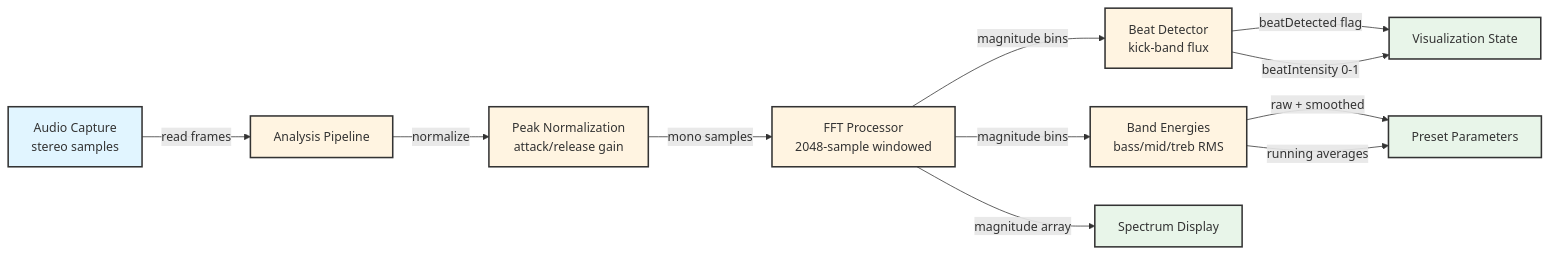
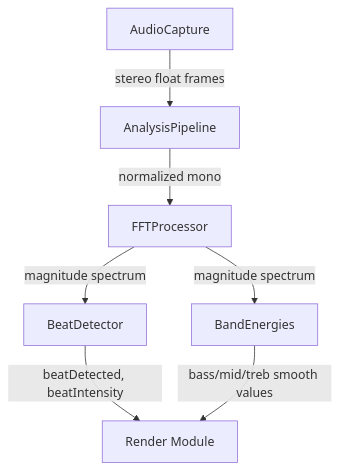
Before and after one commit to EvanLavender13/audio-jones: the diagram in docs/modules/analysis.md, drawn with Mermaid. The commit also changed other lines of this file and 11 other files, not shown here.

````diff
--- a/docs/modules/analysis.md
+++ b/docs/modules/analysis.md
@@ -16,26 +18,9 @@
 ```mermaid
-graph LR
-    AudioCapture[Audio Capture<br/>stereo samples] -->|read frames| Pipeline[Analysis Pipeline]
-
-    Pipeline -->|normalize| Norm[Peak Normalization<br/>attack/release gain]
-    Norm -->|mono samples| FFT[FFT Processor<br/>2048-sample windowed]
-
-    FFT -->|magnitude bins| Beat[Beat Detector<br/>kick-band flux]
-    FFT -->|magnitude bins| Bands[Band Energies<br/>bass/mid/treb RMS]
-
-    Beat -->|beatDetected flag| Out1[Visualization State]
-    Beat -->|beatIntensity 0-1| Out1
-
-    Bands -->|raw + smoothed| Out2[Preset Parameters]
-    Bands -->|running averages| Out2
-
-    FFT -->|magnitude array| Out3[Spectrum Display]
-
-    classDef input fill:#e1f5ff,stroke:#333,stroke-width:2px
-    classDef process fill:#fff4e1,stroke:#333,stroke-width:2px
-    classDef output fill:#e8f5e9,stroke:#333,stroke-width:2px
-
-    class AudioCapture input
-    class Pipeline,Norm,FFT,Beat,Bands process
-    class Out1,Out2,Out3 output
+graph TD
+    Audio[AudioCapture] -->|stereo float frames| Pipeline[AnalysisPipeline]
+    Pipeline -->|normalized mono| FFT[FFTProcessor]
+    FFT -->|magnitude spectrum| Beat[BeatDetector]
+    FFT -->|magnitude spectrum| Bands[BandEnergies]
+    Beat -->|beatDetected, beatIntensity| Render[Render Module]
+    Bands -->|bass/mid/treb smooth values| Render
 ```
````
